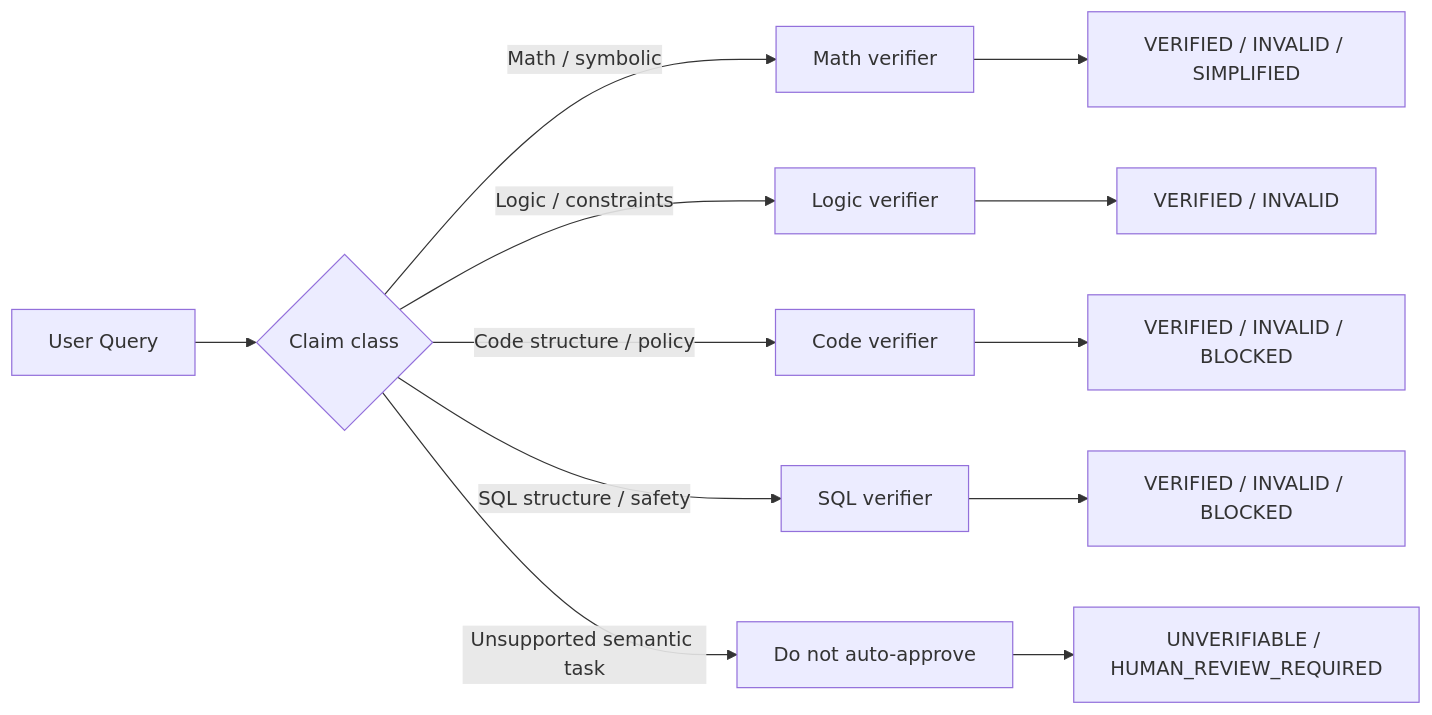
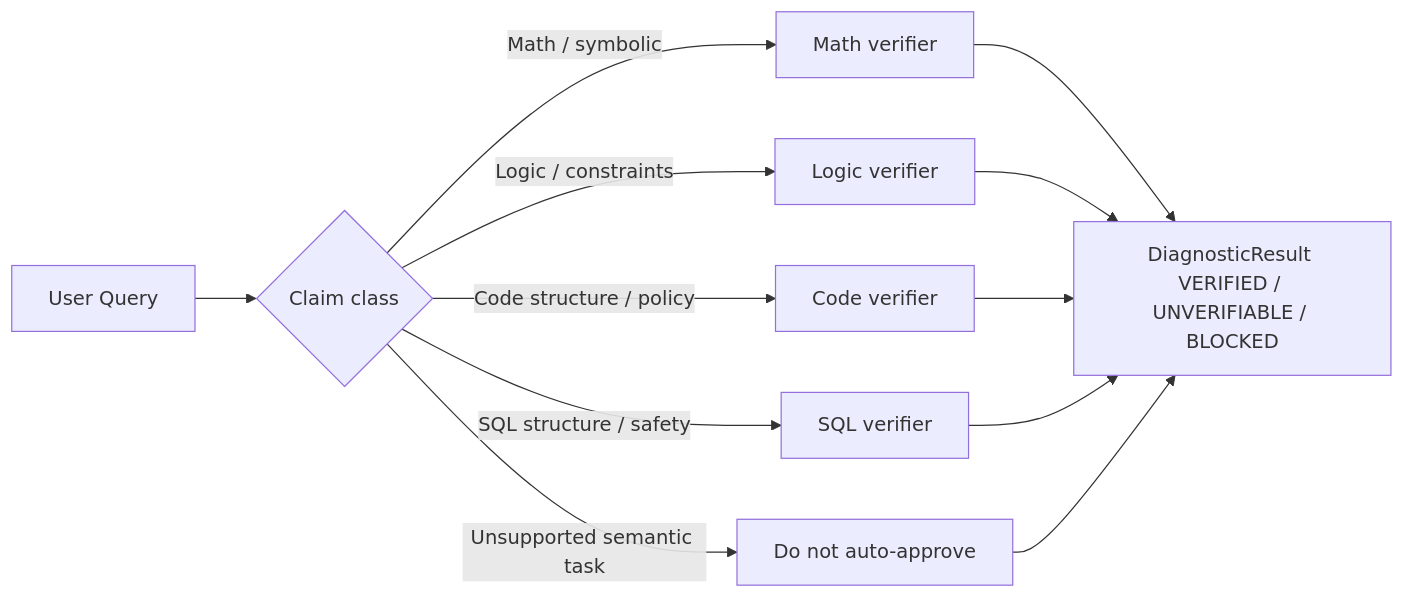
One commit to QWED-AI/qwed-learning changed the second of 5 diagrams in ARCHITECTURE.md. Above: the diagram before and after it, drawn with Mermaid. The commit also changed other lines of this file and 16 other files, not shown here.

Commit message:
feat: migrate curriculum from VerificationResult to DiagnosticResult (#7)

````diff
--- a/ARCHITECTURE.md
+++ b/ARCHITECTURE.md
@@ -56,16 +89,16 @@
 ```mermaid
 graph LR
     A["User Query"] --> B{"Claim class"}
 
     B -->|Math / symbolic| C["Math verifier"]
     B -->|Logic / constraints| D["Logic verifier"]
     B -->|Code structure / policy| E["Code verifier"]
     B -->|SQL structure / safety| F["SQL verifier"]
     B -->|Unsupported semantic task| G["Do not auto-approve"]
 
-    C --> H["VERIFIED / INVALID / SIMPLIFIED"]
-    D --> I["VERIFIED / INVALID"]
-    E --> J["VERIFIED / INVALID / BLOCKED"]
-    F --> K["VERIFIED / INVALID / BLOCKED"]
-    G --> L["UNVERIFIABLE / HUMAN_REVIEW_REQUIRED"]
+    C --> H["DiagnosticResult VERIFIED / UNVERIFIABLE / BLOCKED"]
+    D --> H
+    E --> H
+    F --> H
+    G --> H
 ```
````
